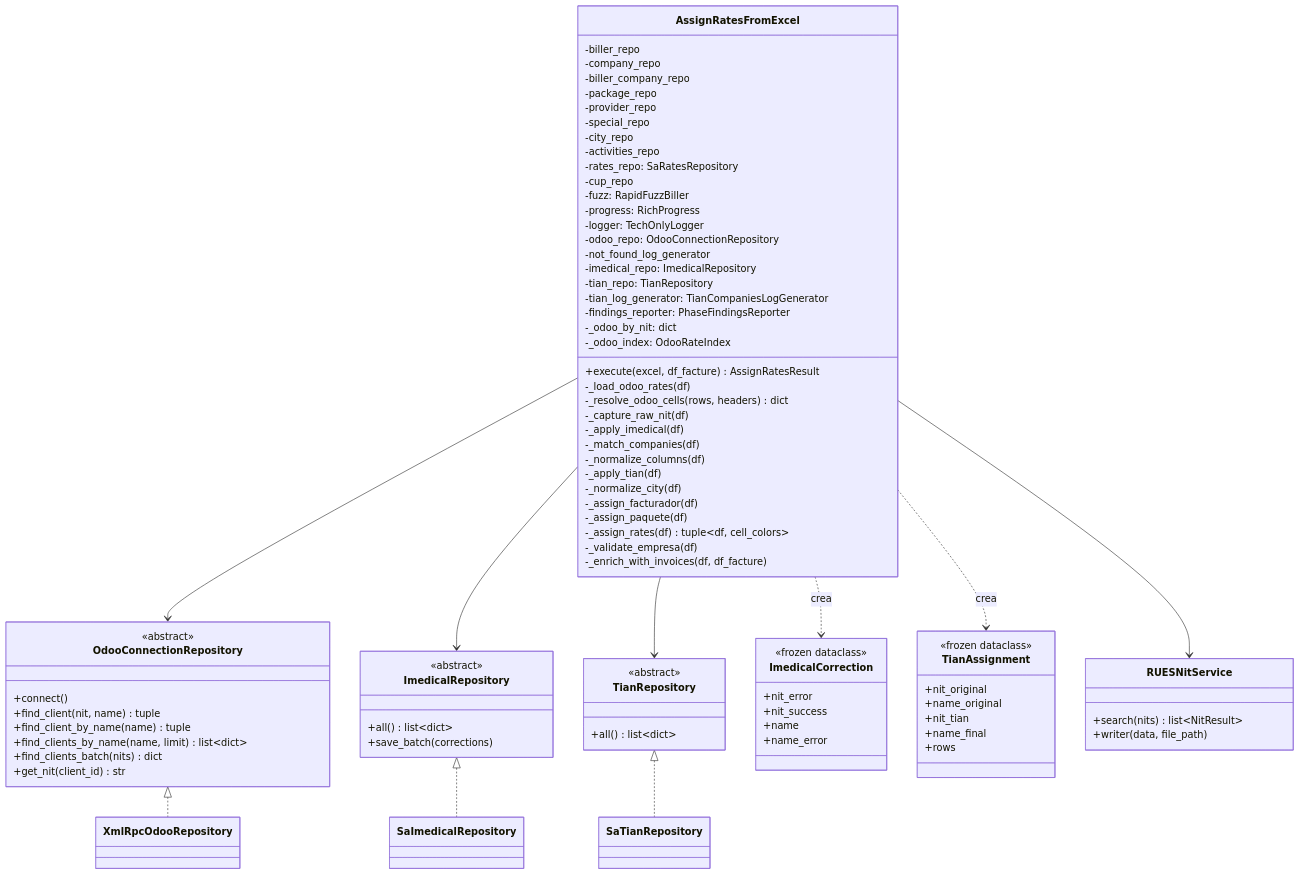
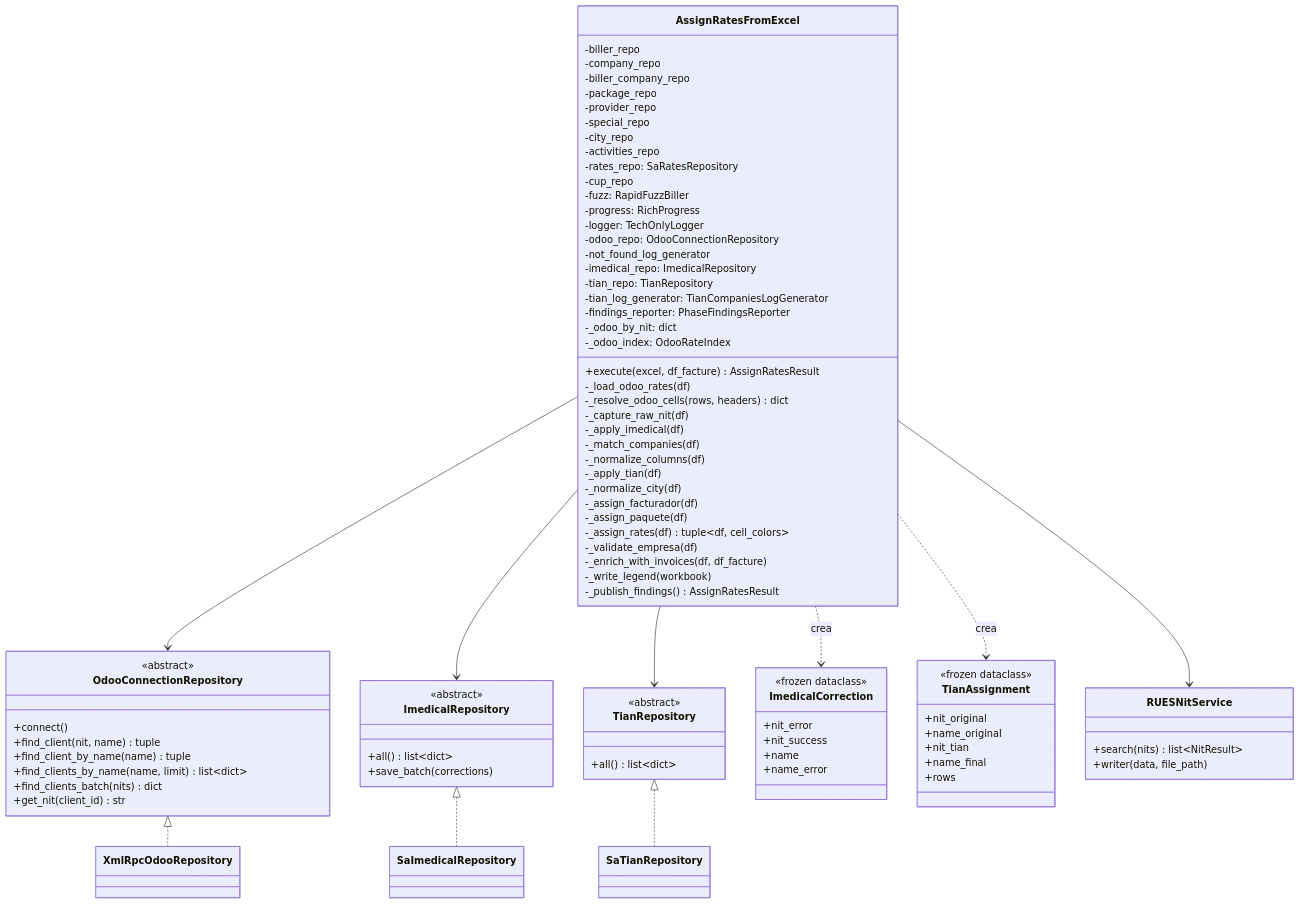
The fourth of 12 diagrams in docs/c4-diagrams.md (santo2409/Facturacion), drawn with Mermaid before and after one commit.

Commit message:
docs(docs): update c4-diagrams

```diff
--- a/docs/c4-diagrams.md
+++ b/docs/c4-diagrams.md
@@ -174,6 +174,8 @@
         -_assign_rates(df) tuple~df, cell_colors~
         -_validate_empresa(df)
         -_enrich_with_invoices(df, df_facture)
+        -_write_legend(workbook)
+        -_publish_findings() AssignRatesResult
     }
 
     class OdooConnectionRepository {
```
